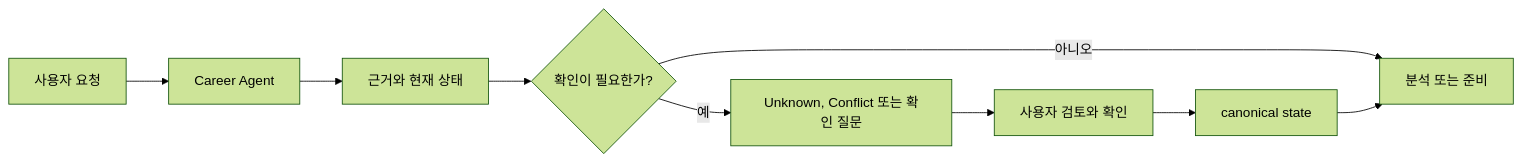
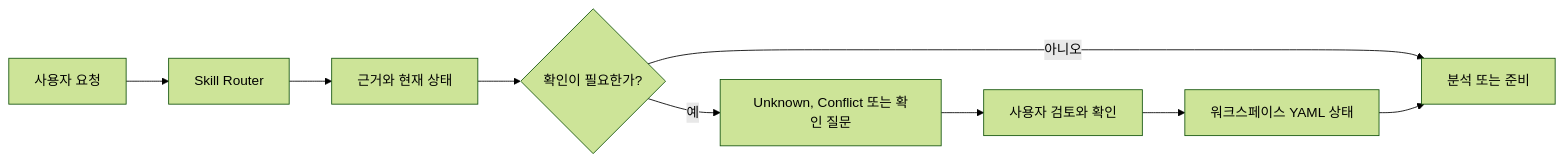
The diagram in README_ko.md (younnieCutler/japan-career-agent), drawn with Mermaid (forest theme) before and after one commit. The commit also changed other lines of this file and 29 other files, not shown here.

````diff
--- a/README_ko.md
+++ b/README_ko.md
@@ -151,11 +108,11 @@
 ```mermaid
 flowchart LR
-    A[사용자 요청] --> B[Career Agent]
+    A[사용자 요청] --> B[Skill Router]
     B --> C[근거와 현재 상태]
     C --> D{확인이 필요한가?}
     D -->|예| E[Unknown, Conflict 또는 확인 질문]
     E --> F[사용자 검토와 확인]
-    F --> G[canonical state]
+    F --> G[워크스페이스 YAML 상태]
     D -->|아니오| H[분석 또는 준비]
     G --> H
 ```
````
